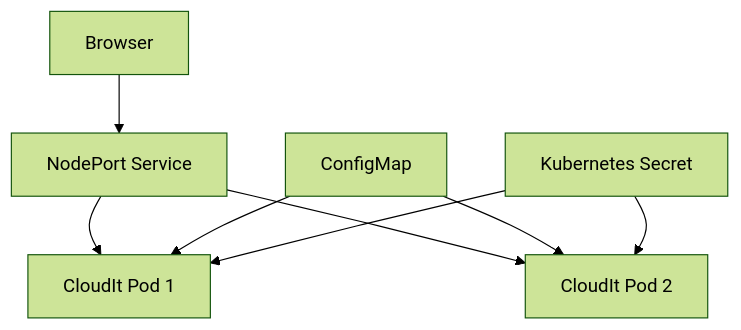
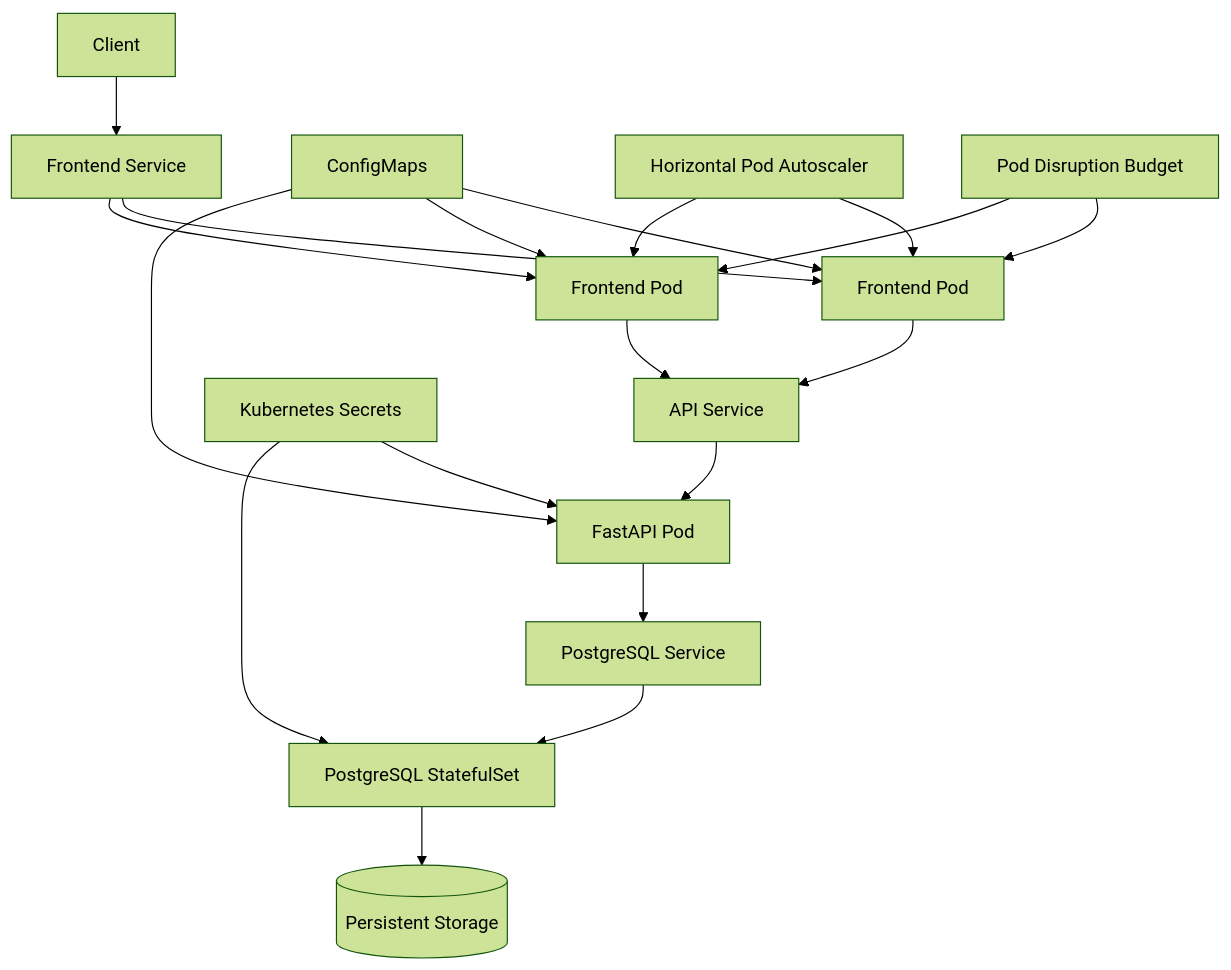
One commit to krish307/cloudit changed the second of 2 diagrams in README.md. Above: the diagram before and after it, drawn with Mermaid (forest theme). The commit also changed other lines of this file and 17 other files, not shown here.

````diff
--- a/README.md
+++ b/README.md
@@ -487,12 +760,30 @@
 ```mermaid
 flowchart TD
-    A[Browser] --> B[NodePort Service]
-    B --> C[CloudIt Pod 1]
-    B --> D[CloudIt Pod 2]
+    USER[Client] --> SERVICE[Frontend Service]
 
-    E[ConfigMap] --> C
-    E --> D
+    SERVICE --> F1[Frontend Pod]
+    SERVICE --> F2[Frontend Pod]
 
-    F[Kubernetes Secret] --> C
-    F --> D
+    F1 --> API_SERVICE[API Service]
+    F2 --> API_SERVICE
+
+    API_SERVICE --> API[FastAPI Pod]
+
+    API --> PG_SERVICE[PostgreSQL Service]
+    PG_SERVICE --> PG[PostgreSQL StatefulSet]
+
+    PG --> STORAGE[(Persistent Storage)]
+
+    CONFIG[ConfigMaps] --> F1
+    CONFIG --> F2
+    CONFIG --> API
+
+    SECRET[Kubernetes Secrets] --> API
+    SECRET --> PG
+
+    HPA[Horizontal Pod Autoscaler] --> F1
+    HPA --> F2
+
+    PDB[Pod Disruption Budget] --> F1
+    PDB --> F2
 ```
````
